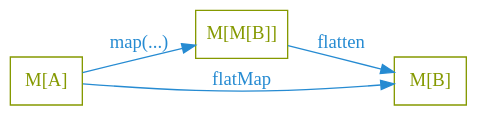
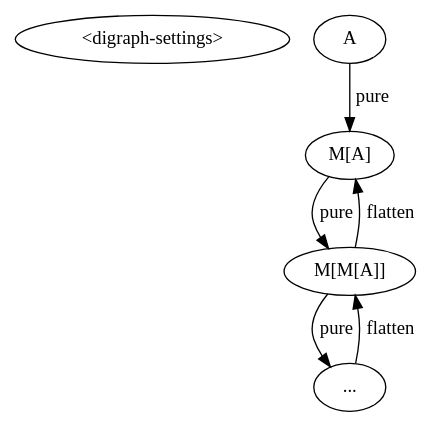
Before and after one commit to Vodurden/talks: the seventh of 9 diagrams in wip/why-are-monads-hard/talk.org, drawn with Graphviz. The commit also changed other lines of this file and 13 other files, not shown here.

```diff
--- a/wip/why-are-monads-hard/talk.org
+++ b/wip/why-are-monads-hard/talk.org
@@ -573,29 +356,18 @@
-#+BEGIN_SRC dot :file flatmap.png :cmdline -Kdot -Tpng
-  digraph {
-    # Palette from http://ethanschoonover.com/solarized
-    # YELLOW = '#b58900'
-    # ORANGE = '#cb4b16'
-    # VIOLET = '#6c71c4'
-    # RED = '#dc323f'
-    # BLUE = '#268bd2'
-    # MAGENTA = '#d33682'
-    # CYAN = '#2aa198'
-    # GREEN = '#859900'
-    # GREY = '#939393'
+  #+BEGIN_SRC dot :noweb yes :file nesting_example_pure_and_flatten.png :cmdline -Kdot -Tpng
+    digraph {
+      <<digraph-settings>>
 
-    // graph from left to right
-    rankdir=LR;
-    splines=true;
-    bgcolor="transparent";
-    node [shape=box fontname="Hack" color="#859900" fontcolor="#859900"];
-    edge [color="#268bd2" fontname="Hack" fontcolor="#268bd2" ]
+      a [label="A"]
+      ma [label="M[A]"]
+      mma [label="M[M[A]]"]
+      mmma [label="..."]
 
-    ma [label="M[A]"]
-    mmb [label="M[M[B]]"]
-    mb [label="M[B]"]
+      a -> ma [label="pure"]
 
-    ma -> mmb [label="map(...)"]
-    mmb -> mb [label="flatten"]
-    ma -> mb [label="flatMap"]
-  }
-#+END_SRC
+      ma -> mma [label="pure"]
+      ma -> mma [label="flatten" dir=back]
+
+      mma -> mmma [label = "pure"]
+      mma -> mmma [label = "flatten" dir=back]
+    }
+  #+END_SRC
```
